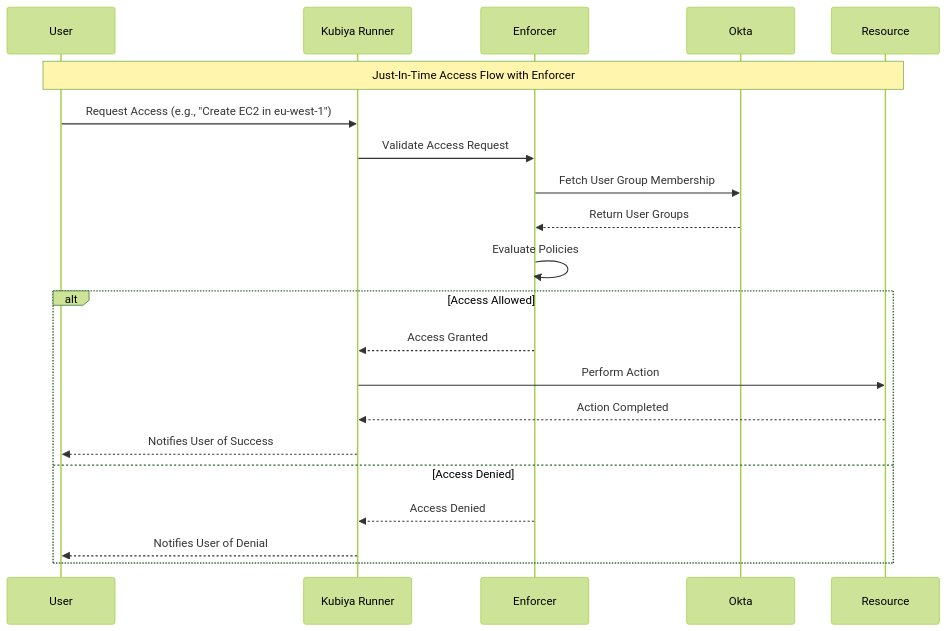
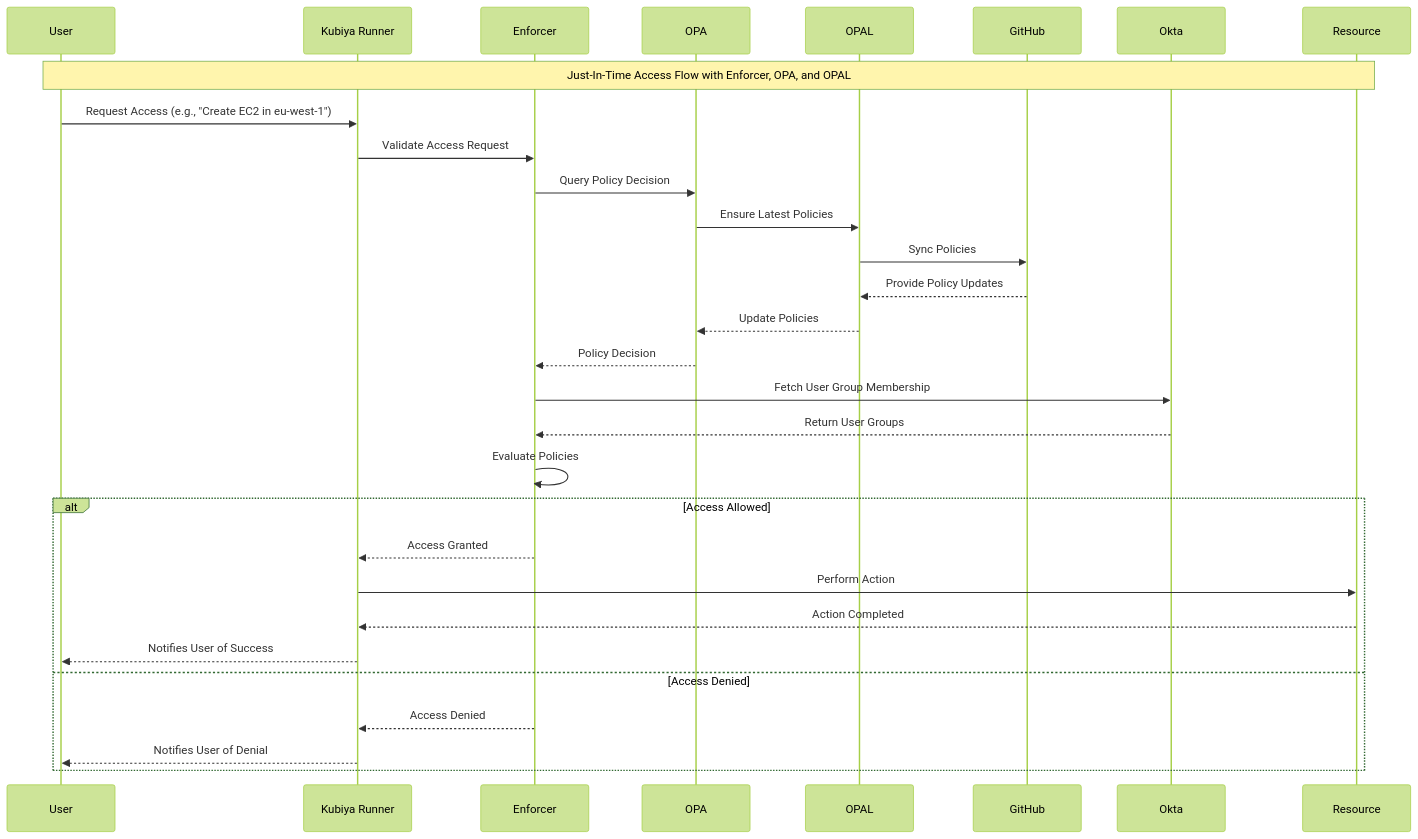
Before and after one commit to kubiyabot/community-tools: the diagram in just_in_time_access/docs/Kubiya_Enforcer_Deployment.md, drawn with Mermaid (forest theme). The commit also changed other lines of this file and 1 other file, not shown here.

Commit message:
added enforcer docs

````diff
--- a/just_in_time_access/docs/Kubiya_Enforcer_Deployment.md
+++ b/just_in_time_access/docs/Kubiya_Enforcer_Deployment.md
@@ -320,25 +13,34 @@
 ```mermaid
 sequenceDiagram
     participant User
     participant KubiyaRunner as Kubiya Runner
     participant Enforcer
+    participant OPA
+    participant OPAL
+    participant GitHub
     participant Okta
     participant Resource
 
-    Note over User,Resource: Just-In-Time Access Flow with Enforcer
+    Note over User,Resource: Just-In-Time Access Flow with Enforcer, OPA, and OPAL
 
     User->>KubiyaRunner: Request Access (e.g., "Create EC2 in eu-west-1")
     KubiyaRunner->>Enforcer: Validate Access Request
+    Enforcer->>OPA: Query Policy Decision
+    OPA->>OPAL: Ensure Latest Policies
+    OPAL->>GitHub: Sync Policies
+    GitHub-->>OPAL: Provide Policy Updates
+    OPAL-->>OPA: Update Policies
+    OPA-->>Enforcer: Policy Decision
     Enforcer->>Okta: Fetch User Group Membership
     Okta-->>Enforcer: Return User Groups
     Enforcer->>Enforcer: Evaluate Policies
     alt Access Allowed
         Enforcer-->>KubiyaRunner: Access Granted
         KubiyaRunner->>Resource: Perform Action
         Resource-->>KubiyaRunner: Action Completed
         KubiyaRunner-->>User: Notifies User of Success
     else Access Denied
         Enforcer-->>KubiyaRunner: Access Denied
         KubiyaRunner-->>User: Notifies User of Denial
     end
 ```
````
